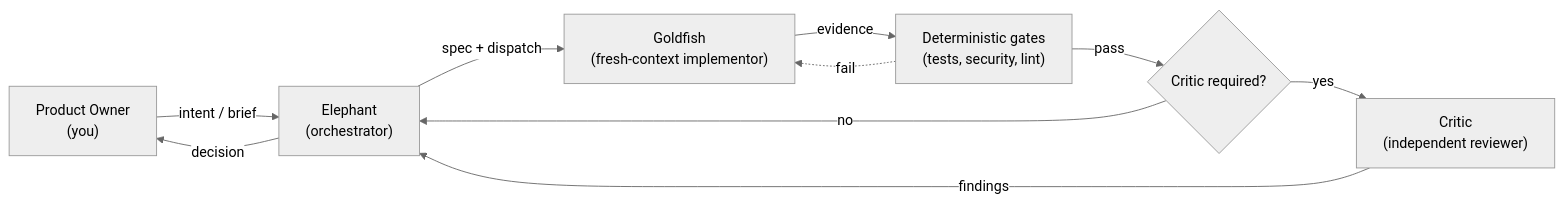
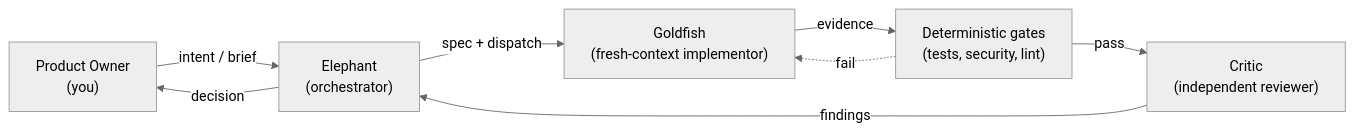
The first of 2 diagrams in README.md (agent-pipe-shared/agent-pipeline), drawn with Mermaid (neutral theme) before and after one commit. The commit also changed other lines of this file and 6 other files, not shown here.

````diff
--- a/README.md
+++ b/README.md
@@ -77,12 +77,10 @@
 ```mermaid
 flowchart LR
     PO["Product Owner<br/>(you)"] -->|"intent / brief"| Elephant["Elephant<br/>(orchestrator)"]
     Elephant -->|"spec + dispatch"| Goldfish["Goldfish<br/>(fresh-context implementor)"]
     Goldfish -->|"evidence"| Gates["Deterministic gates<br/>(tests, security, lint)"]
     Gates -.->|"fail"| Goldfish
-    Gates -->|"pass"| Review{"Critic required?"}
-    Review -->|"yes"| Critic["Critic<br/>(independent reviewer)"]
-    Review -->|"no"| Elephant
+    Gates -->|"pass"| Critic["Critic<br/>(independent reviewer)"]
     Critic -->|"findings"| Elephant
     Elephant -->|"decision"| PO
 ```
````
